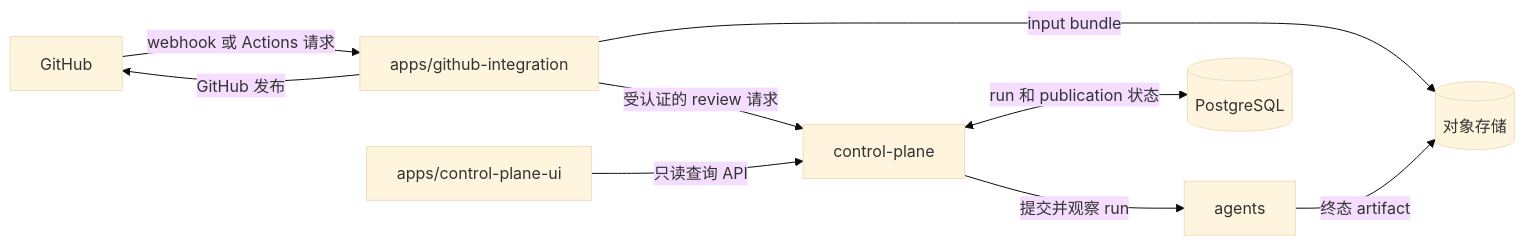
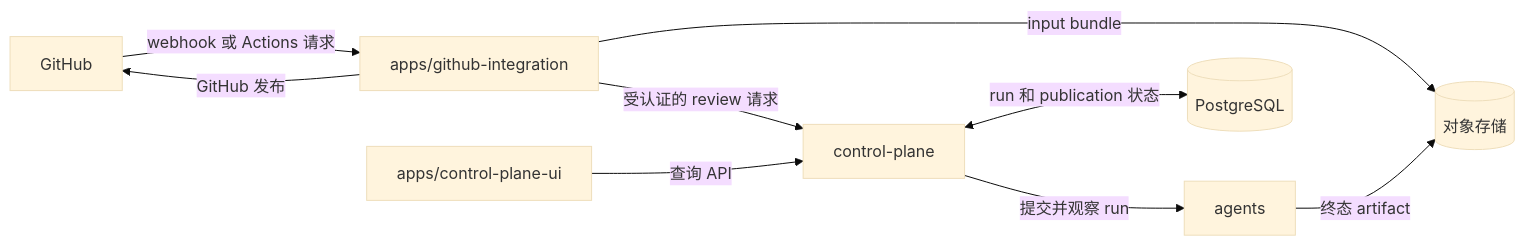
The diagram in README.zh.md (Agent-AI-Chalmers/sec-review-bot), drawn with Mermaid (base theme) before and after one commit. The commit also changed other lines of this file and 167 other files, not shown here.

````diff
--- a/README.zh.md
+++ b/README.zh.md
@@ -50,19 +50,19 @@
 ```mermaid
 flowchart LR
   github[GitHub]
   integration[apps/github-integration]
   control[control-plane]
   ui[apps/control-plane-ui]
   agents[agents]
   storage[(对象存储)]
   state[(PostgreSQL)]
 
   github -->|webhook 或 Actions 请求| integration
   integration -->|受认证的 review 请求| control
   control -->|提交并观察 run| agents
   integration -->|input bundle| storage
   agents -->|终态 artifact| storage
   control <-->|run 和 publication 状态| state
-  ui -->|只读查询 API| control
+  ui -->|查询 API| control
   integration -->|GitHub 发布| github
 ```
````
